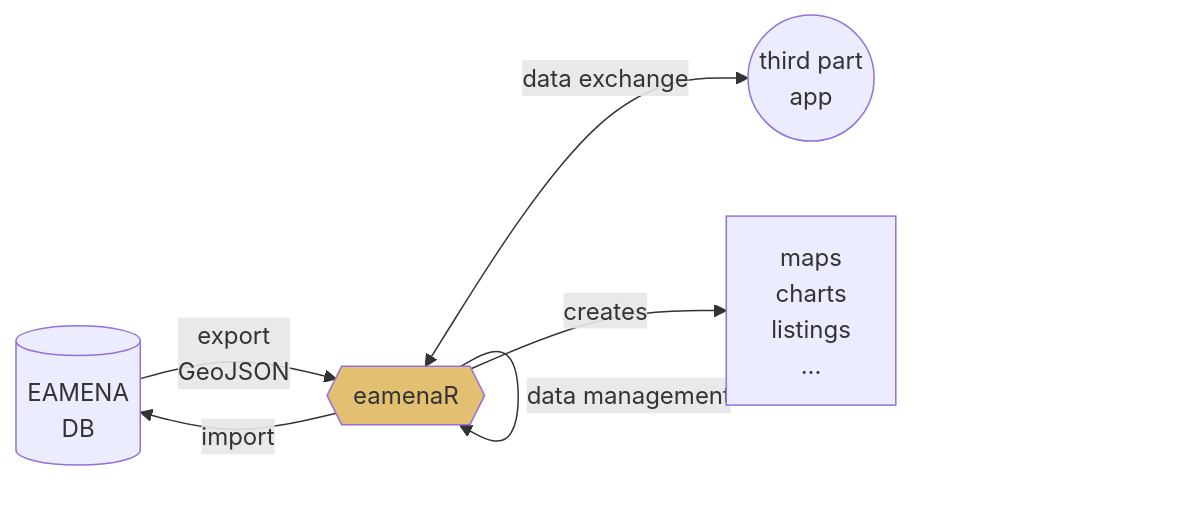
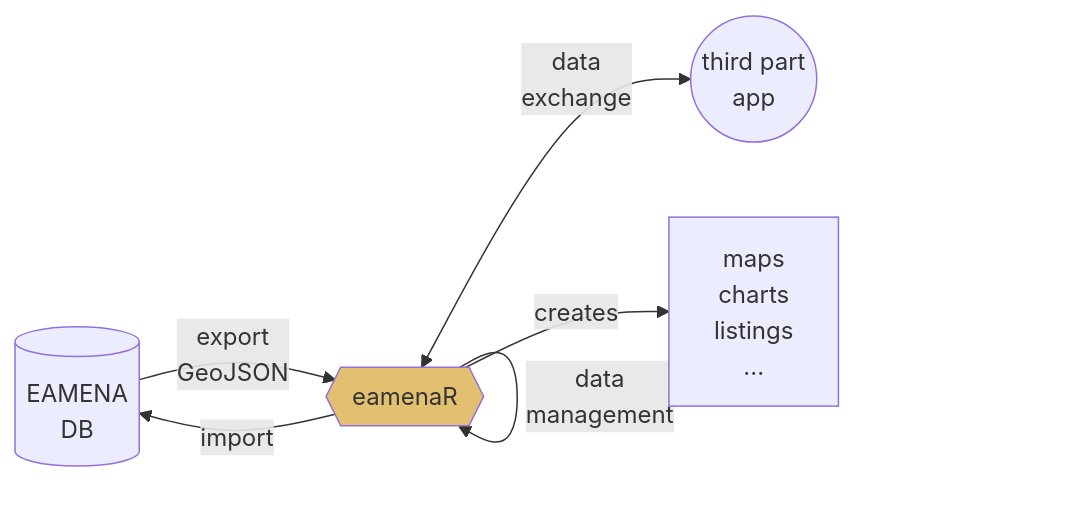
One commit to eamena-project/eamenaR changed the first of 3 diagrams in README.md. Above: the diagram before and after it, drawn with Mermaid. The commit also changed other lines of this file, not shown here.

````diff
--- a/README.md
+++ b/README.md
@@ -16,9 +16,9 @@
 ```mermaid
 flowchart LR
     A[(EAMENA<br>DB)] --export<br>GeoJSON--> B{{"eamenaR"}}:::eamenaRpkg;
-    B --data management--> B;
-    B <--data exchange--> C((third part<br>app));
+    B --data<br>management--> B;
+    B <--data<br>exchange--> C((third part<br>app));
     B --import--> A;
     B --creates--> D[maps<br>charts<br>listings<br>...]
     classDef eamenaRpkg fill:#e3c071;
 ```
````
